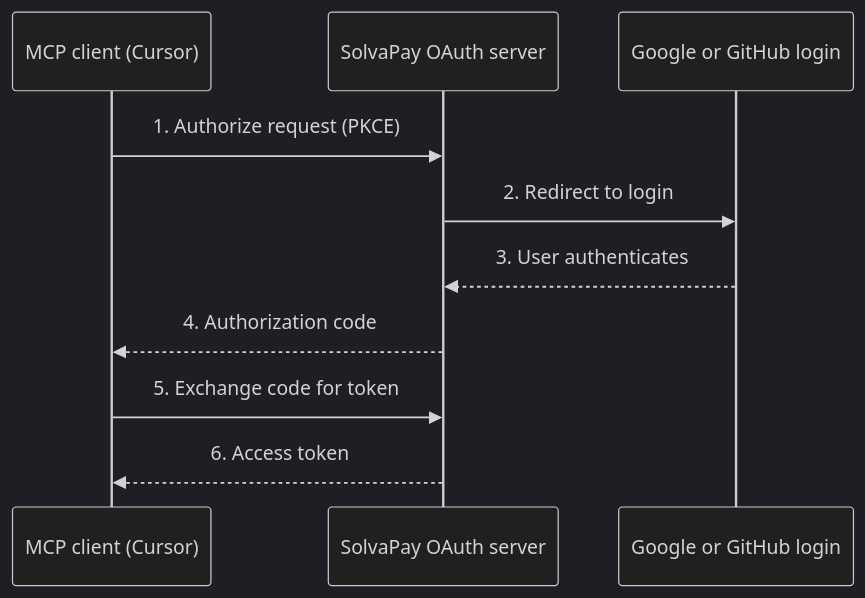
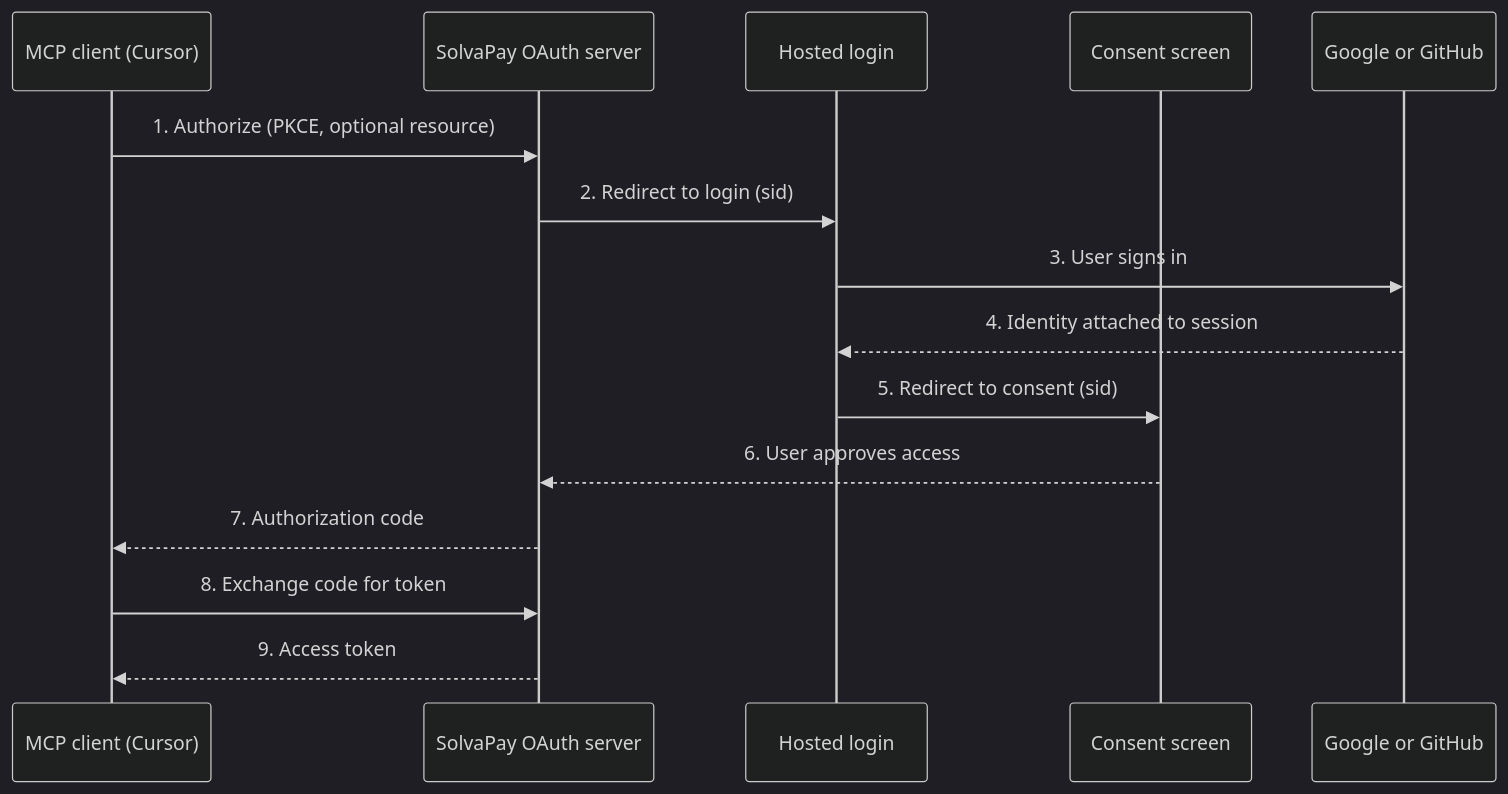
Before and after one commit to solvapay/docs: the diagram in mcp-pay/authentication.mdx, drawn with Mermaid (dark theme). The commit also changed other lines of this file, not shown here.

First line of the commit message:
docs(mcp-pay): add consent step to OAuth authentication flow

````diff
--- a/mcp-pay/authentication.mdx
+++ b/mcp-pay/authentication.mdx
@@ -19,13 +19,18 @@
 ```mermaid
 sequenceDiagram
   participant M as MCP client (Cursor)
   participant O as SolvaPay OAuth server
-  participant I as Google or GitHub login
+  participant L as Hosted login
+  participant C as Consent screen
+  participant I as Google or GitHub
 
-  M->>O: 1. Authorize request (PKCE)
-  O->>I: 2. Redirect to login
-  I-->>O: 3. User authenticates
-  O-->>M: 4. Authorization code
-  M->>O: 5. Exchange code for token
-  O-->>M: 6. Access token
+  M->>O: 1. Authorize (PKCE, optional resource)
+  O->>L: 2. Redirect to login (sid)
+  L->>I: 3. User signs in
+  I-->>L: 4. Identity attached to session
+  L->>C: 5. Redirect to consent (sid)
+  C-->>O: 6. User approves access
+  O-->>M: 7. Authorization code
+  M->>O: 8. Exchange code for token
+  O-->>M: 9. Access token
 ```
````
